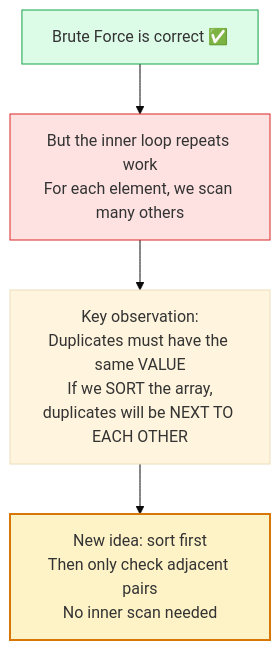
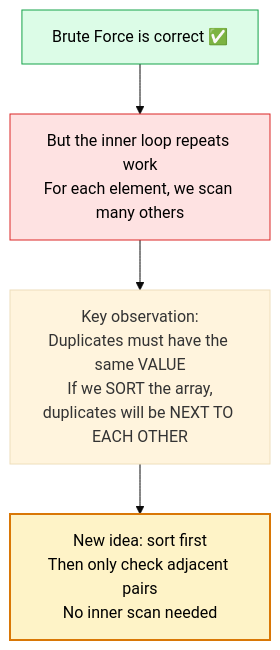
One commit to M-F-Tushar/LeetCode-Problem-Solving changed the sixth of 13 diagrams in 02 - Contains Duplicate/README.md. Above: the diagram before and after it, drawn with Mermaid (base theme). The commit also changed other lines of this file, not shown here.

````diff
--- a/02 - Contains Duplicate/README.md
+++ b/02 - Contains Duplicate/README.md
@@ -173,10 +172,10 @@
 ```mermaid
 flowchart TD
     A["Brute Force is correct ✅"] --> B["But the inner loop repeats work\nFor each element, we scan many others"]
     B --> C["Key observation:\nDuplicates must have the same VALUE\nIf we SORT the array,\nduplicates will be NEXT TO EACH OTHER"]
     C --> D["New idea: sort first\nThen only check adjacent pairs\nNo inner scan needed"]
 
-    style A fill:#dcfce7,stroke:#16a34a
-    style B fill:#fee2e2,stroke:#dc2626
-    style D fill:#fef3c7,stroke:#d97706,stroke-width:2px
+    style A fill:#dcfce7,stroke:#16a34a,color:#000000
+    style B fill:#fee2e2,stroke:#dc2626,color:#000000
+    style D fill:#fef3c7,stroke:#d97706,stroke-width:2px,color:#000000
 ```
````
